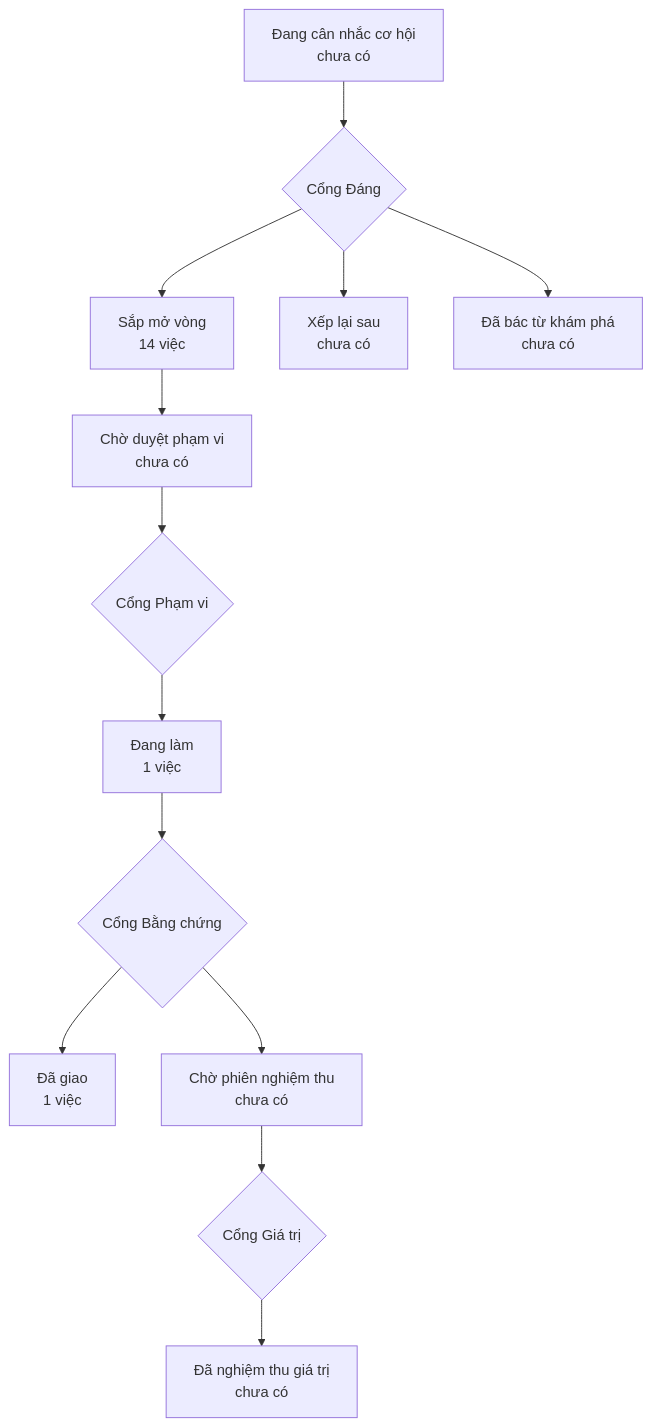
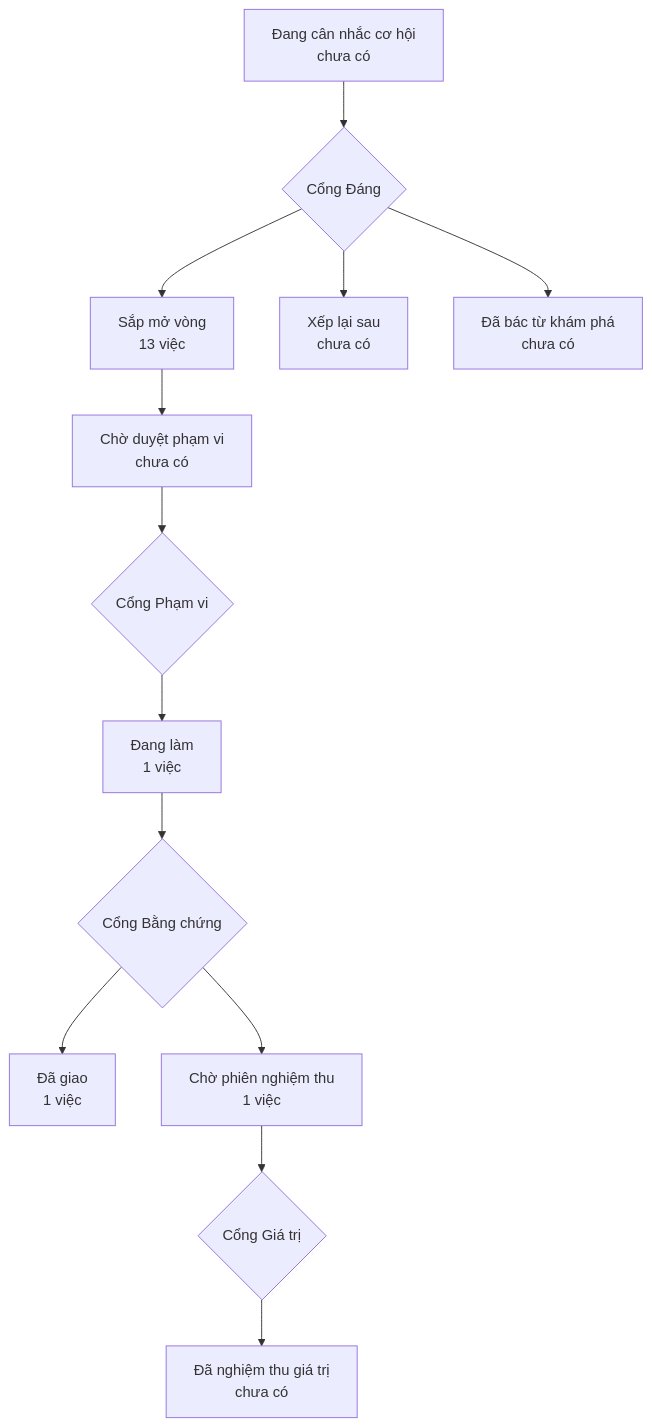
The diagram in PRODUCT-MAP.md (phanlemanh/onehub-inventory), drawn with Mermaid before and after one commit. The commit also changed other lines of this file and 1 other file, not shown here.

Commit message:
chore(danh-muc-reui): regenerate product map and roadmap page after merging main

````diff
--- a/PRODUCT-MAP.md
+++ b/PRODUCT-MAP.md
@@ -7,12 +7,12 @@
 ```mermaid
 flowchart TD
   A["Đang cân nhắc cơ hội<br/>chưa có"] --> GD{"Cổng Đáng"}
-  GD --> B["Sắp mở vòng<br/>14 việc"]
+  GD --> B["Sắp mở vòng<br/>13 việc"]
   GD --> XL["Xếp lại sau<br/>chưa có"]
   GD --> DB["Đã bác từ khám phá<br/>chưa có"]
   B --> CD["Chờ duyệt phạm vi<br/>chưa có"] --> GP{"Cổng Phạm vi"}
   GP --> DL["Đang làm<br/>1 việc"] --> GB{"Cổng Bằng chứng"}
   GB --> DG["Đã giao<br/>1 việc"]
-  GB --> CN["Chờ phiên nghiệm thu<br/>chưa có"] --> GG{"Cổng Giá trị"}
+  GB --> CN["Chờ phiên nghiệm thu<br/>1 việc"] --> GG{"Cổng Giá trị"}
   GG --> NT["Đã nghiệm thu giá trị<br/>chưa có"]
 ```
````
